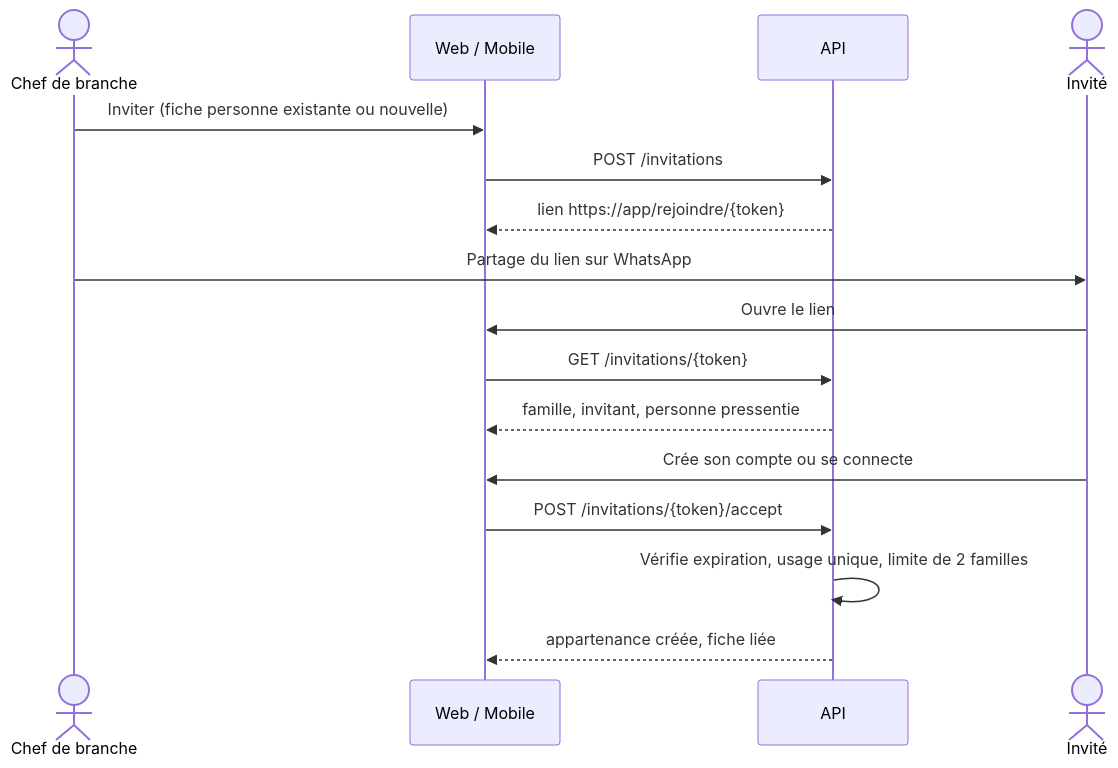
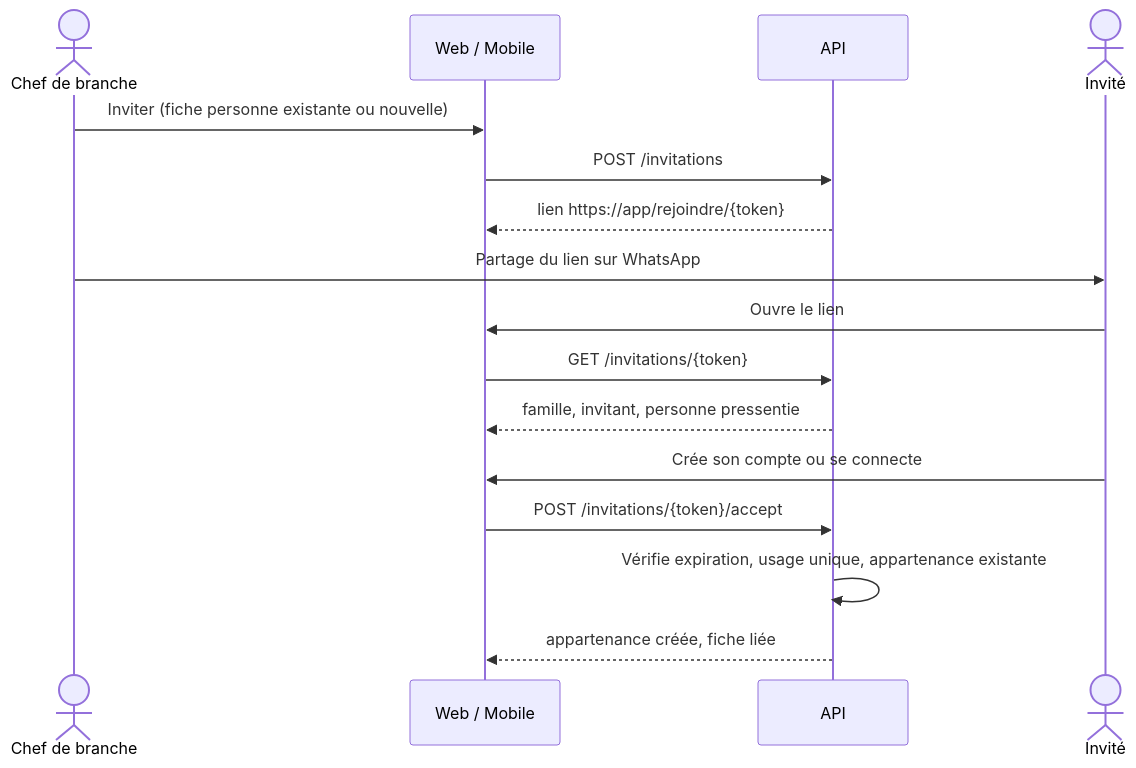
The fifth of 8 diagrams in docs/02-conception-globale.md (ousmanelagrange/MF-SHEENU), drawn with Mermaid before and after one commit. The commit also changed 8 other files, not shown here.

````diff
--- a/docs/02-conception-globale.md
+++ b/docs/02-conception-globale.md
@@ -232,18 +232,18 @@
 ```mermaid
 sequenceDiagram
   actor CB as Chef de branche
   participant W as Web / Mobile
   participant A as API
   actor V as Invité
   CB->>W: Inviter (fiche personne existante ou nouvelle)
   W->>A: POST /invitations
   A-->>W: lien https://app/rejoindre/{token}
   CB->>V: Partage du lien sur WhatsApp
   V->>W: Ouvre le lien
   W->>A: GET /invitations/{token}
   A-->>W: famille, invitant, personne pressentie
   V->>W: Crée son compte ou se connecte
   W->>A: POST /invitations/{token}/accept
-  A->>A: Vérifie expiration, usage unique, limite de 2 familles
+  A->>A: Vérifie expiration, usage unique, appartenance existante
   A-->>W: appartenance créée, fiche liée
 ```
````
